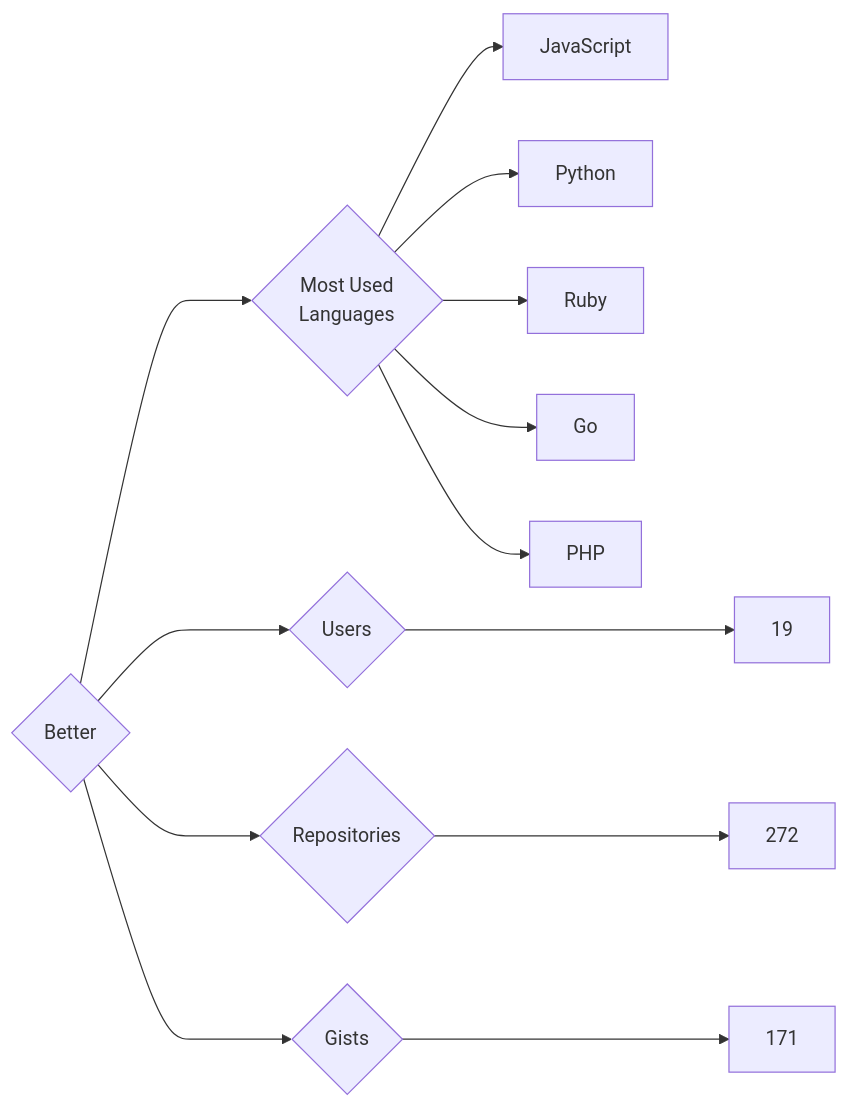
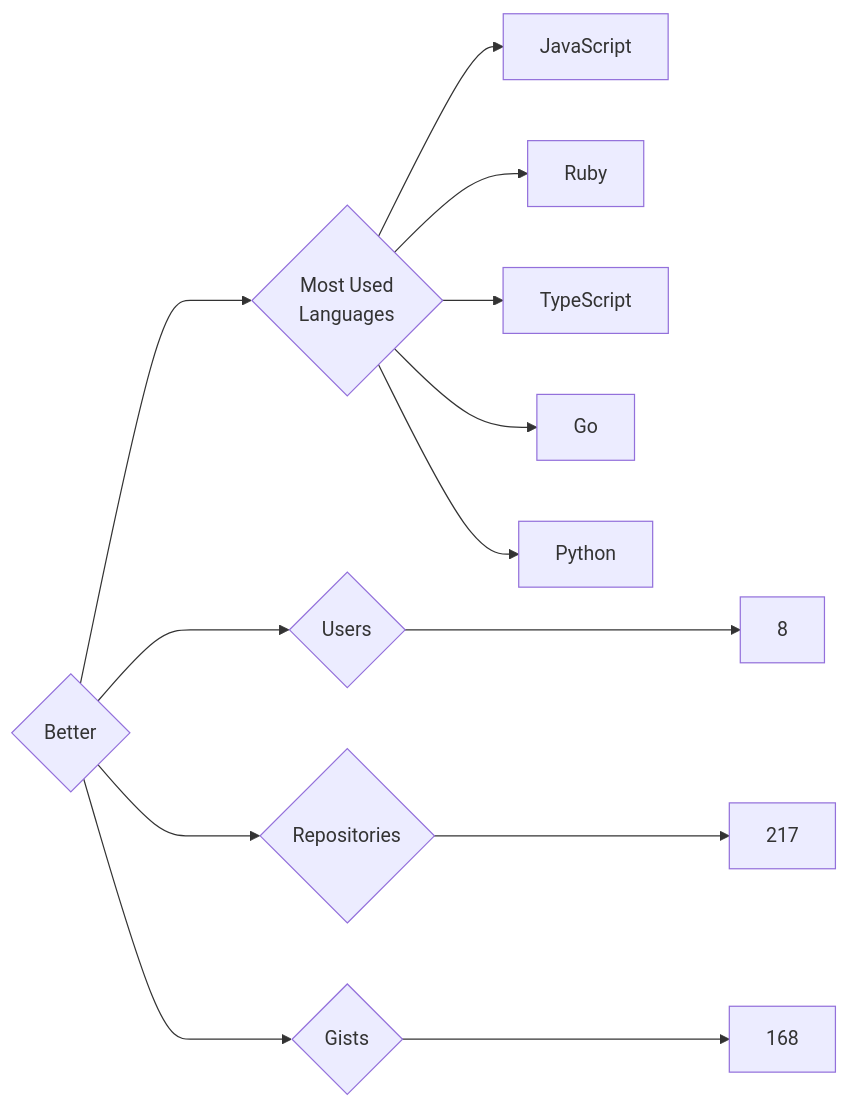
Before and after one commit to trickest/insiders: the diagram in targets/Better/README.md, drawn with Mermaid. The commit also changed 951 other files, not shown here.

````diff
--- a/targets/Better/README.md
+++ b/targets/Better/README.md
@@ -3,13 +3,13 @@
 ```mermaid
 graph LR
 COMPANY_NAME{Better}
-COMPANY_NAME ---> U{Users} ---> UN[19]
-COMPANY_NAME ---> R{Repositories} ---> RN[272]
-COMPANY_NAME ---> G{Gists} ---> GN[171]
+COMPANY_NAME ---> U{Users} ---> UN[8]
+COMPANY_NAME ---> R{Repositories} ---> RN[217]
+COMPANY_NAME ---> G{Gists} ---> GN[168]
 COMPANY_NAME ---> ML{Most Used<br>Languages}
-ML --> JavaScript
-ML --> Python
-ML --> Ruby
-ML --> Go
-ML --> PHP
+ML --> JavaScript[JavaScript]
+ML --> Ruby[Ruby]
+ML --> TypeScript[TypeScript]
+ML --> Go[Go]
+ML --> Python[Python]
 ```
````
